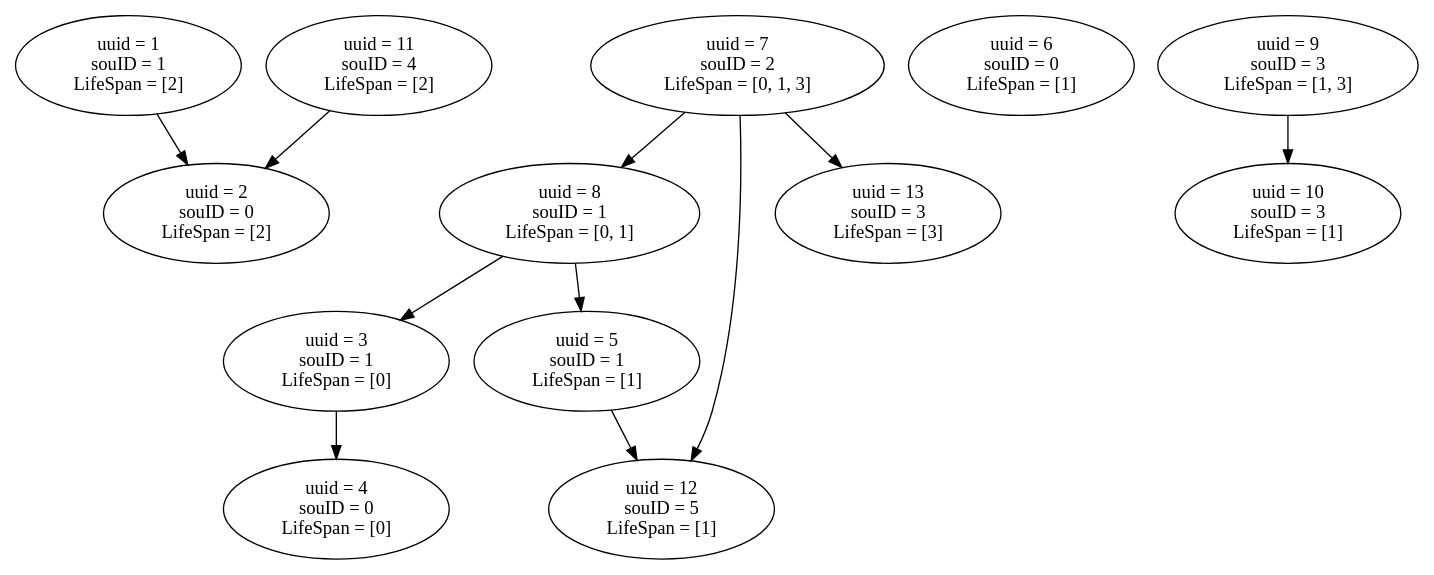
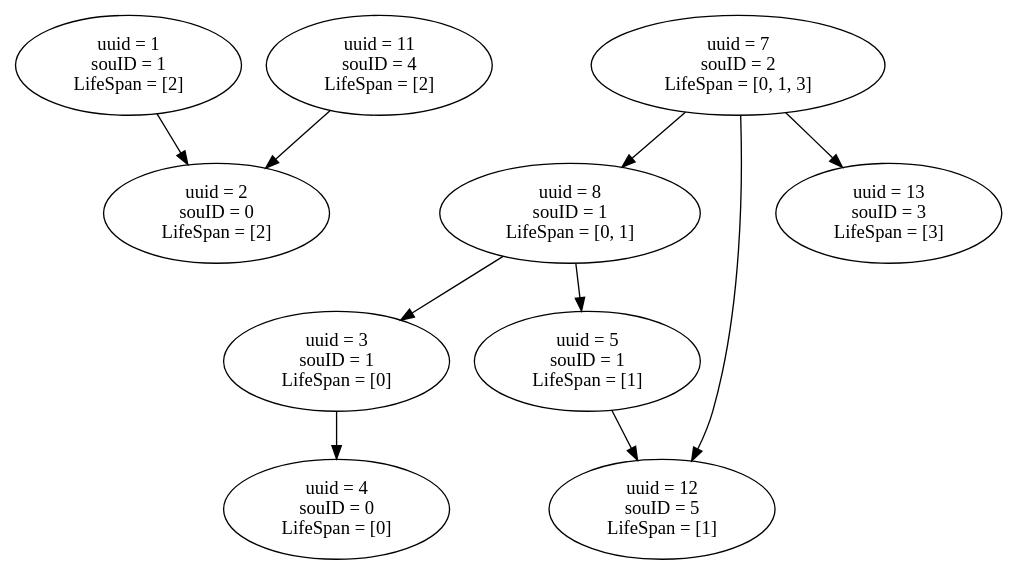
One commit to zzzzzec/work changed the diagram in compare/testIG.gv. Above: the diagram before and after it, drawn with Graphviz. The commit also changed 25 other files, not shown here.

```diff
--- a/compare/testIG.gv
+++ b/compare/testIG.gv
@@ -1,52 +1,42 @@
 // IindexGraph
 digraph {
 	1 [label="uuid = 1
 souID = 1
 LifeSpan = [2]"]
 	2 [label="uuid = 2
 souID = 0
 LifeSpan = [2]"]
 	3 [label="uuid = 3
 souID = 1
 LifeSpan = [0]"]
 	4 [label="uuid = 4
 souID = 0
 LifeSpan = [0]"]
 	5 [label="uuid = 5
 souID = 1
 LifeSpan = [1]"]
-	6 [label="uuid = 6
-souID = 0
-LifeSpan = [1]"]
 	7 [label="uuid = 7
 souID = 2
 LifeSpan = [0, 1, 3]"]
 	8 [label="uuid = 8
 souID = 1
 LifeSpan = [0, 1]"]
-	9 [label="uuid = 9
-souID = 3
-LifeSpan = [1, 3]"]
-	10 [label="uuid = 10
-souID = 3
-LifeSpan = [1]"]
 	11 [label="uuid = 11
 souID = 4
 LifeSpan = [2]"]
 	12 [label="uuid = 12
 souID = 5
 LifeSpan = [1]"]
 	13 [label="uuid = 13
 souID = 3
 LifeSpan = [3]"]
 	1 -> 2
 	3 -> 4
 	5 -> 12
 	7 -> 8
 	7 -> 12
 	7 -> 13
 	8 -> 3
 	8 -> 5
-	9 -> 10
 	11 -> 2
 }
```
